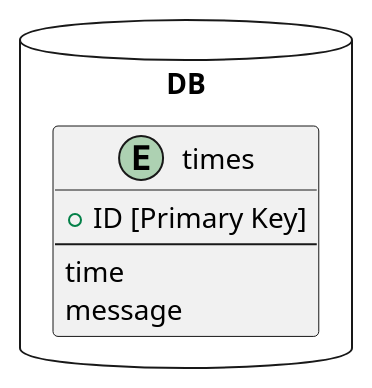
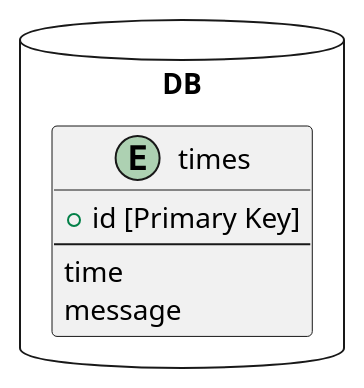
One commit to gatakaba/times changed the third of 3 diagrams in docs/times.md. Above: the diagram before and after it, drawn with PlantUML.

Commit message:
lower id

````diff
--- a/docs/times.md
+++ b/docs/times.md
@@ -28,10 +28,10 @@
 ```plantuml
 package DB as ext <<Database>> {
     entity "times" {
-        + ID [Primary Key]
+        +id [Primary Key]
         --
         time
         message
     }
 }
 ```
````
